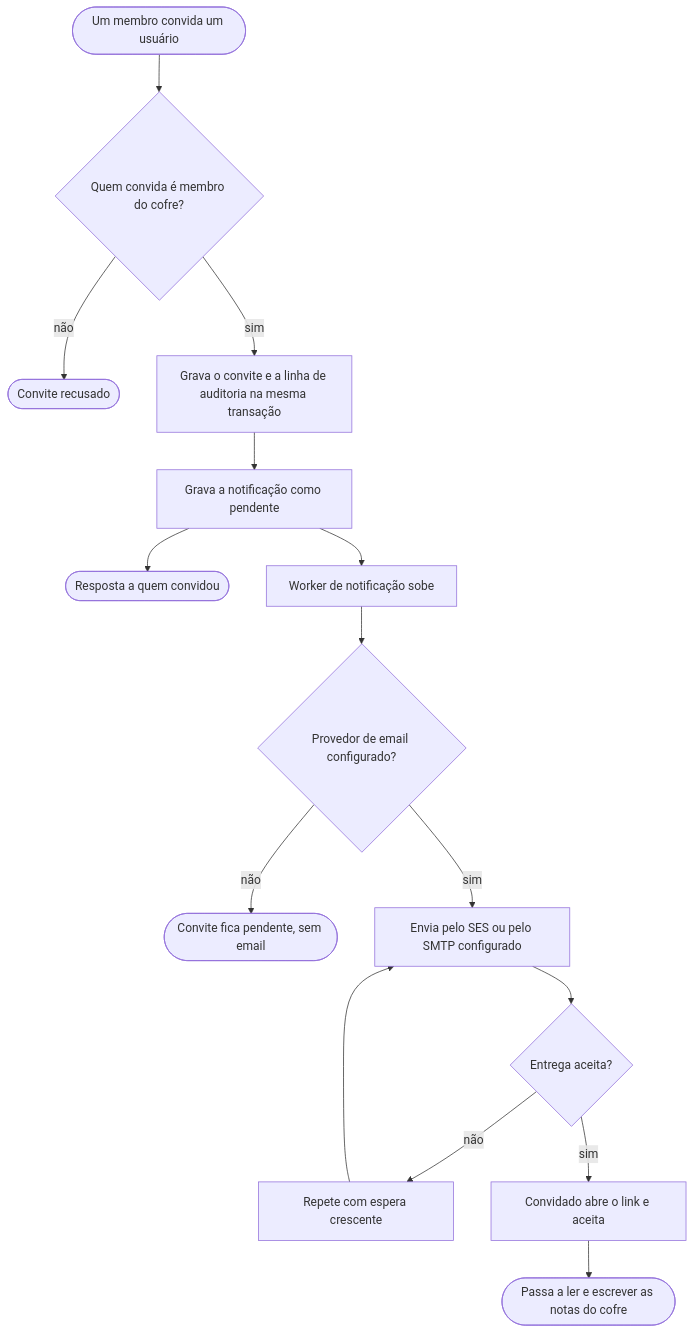
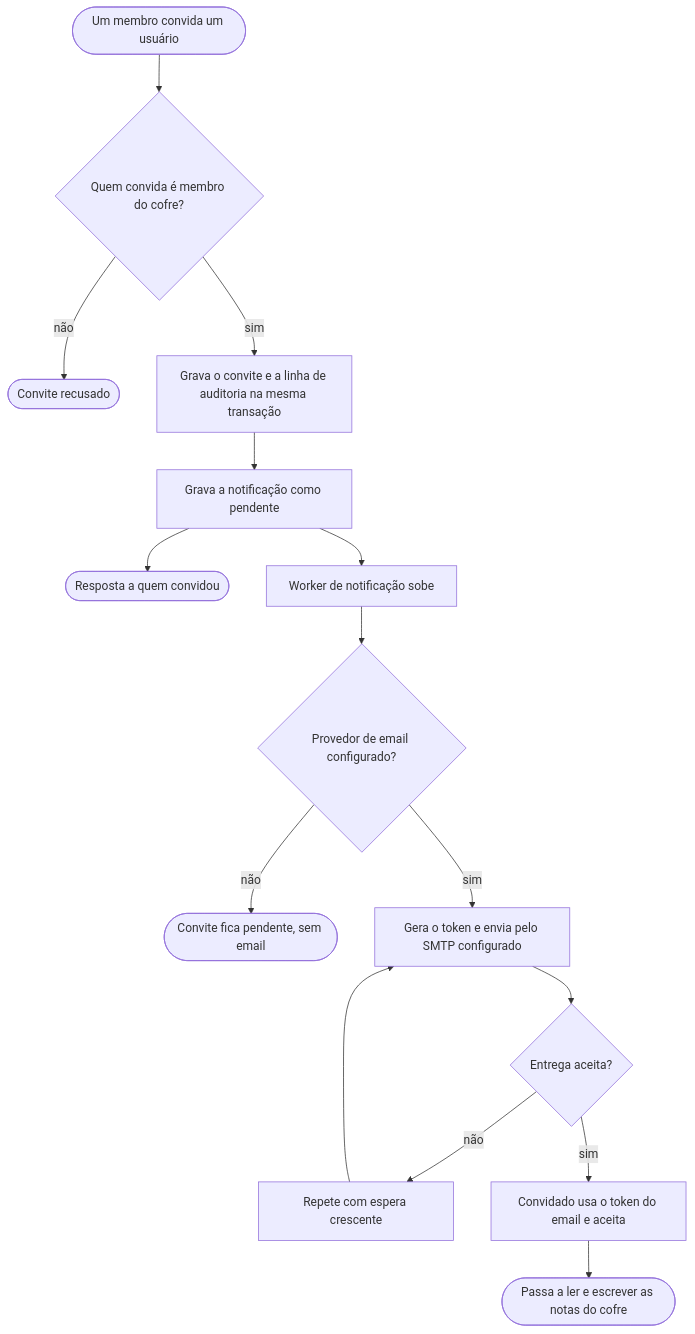
One commit to markupp-labs/markupp changed the fourth of 4 diagrams in docs/fluxogramas.md. Above: the diagram before and after it, drawn with Mermaid.

Commit message:
docs: tira o ses do fluxograma de convite

````diff
--- a/docs/fluxogramas.md
+++ b/docs/fluxogramas.md
@@ -91,17 +91,17 @@
 ```mermaid
 flowchart TD
   A(["Um membro convida um usuário"]) --> B{"Quem convida é membro do cofre?"}
   B -- não --> C(["Convite recusado"])
   B -- sim --> D["Grava o convite e a linha de auditoria na mesma transação"]
   D --> E["Grava a notificação como pendente"]
   E --> F(["Resposta a quem convidou"])
   E --> G["Worker de notificação sobe"]
   G --> H{"Provedor de email configurado?"}
   H -- não --> I(["Convite fica pendente, sem email"])
-  H -- sim --> J["Envia pelo SES ou pelo SMTP configurado"]
+  H -- sim --> J["Gera o token e envia pelo SMTP configurado"]
   J --> K{"Entrega aceita?"}
   K -- não --> L["Repete com espera crescente"]
   L --> J
-  K -- sim --> M["Convidado abre o link e aceita"]
+  K -- sim --> M["Convidado usa o token do email e aceita"]
   M --> N(["Passa a ler e escrever as notas do cofre"])
 ```
````
